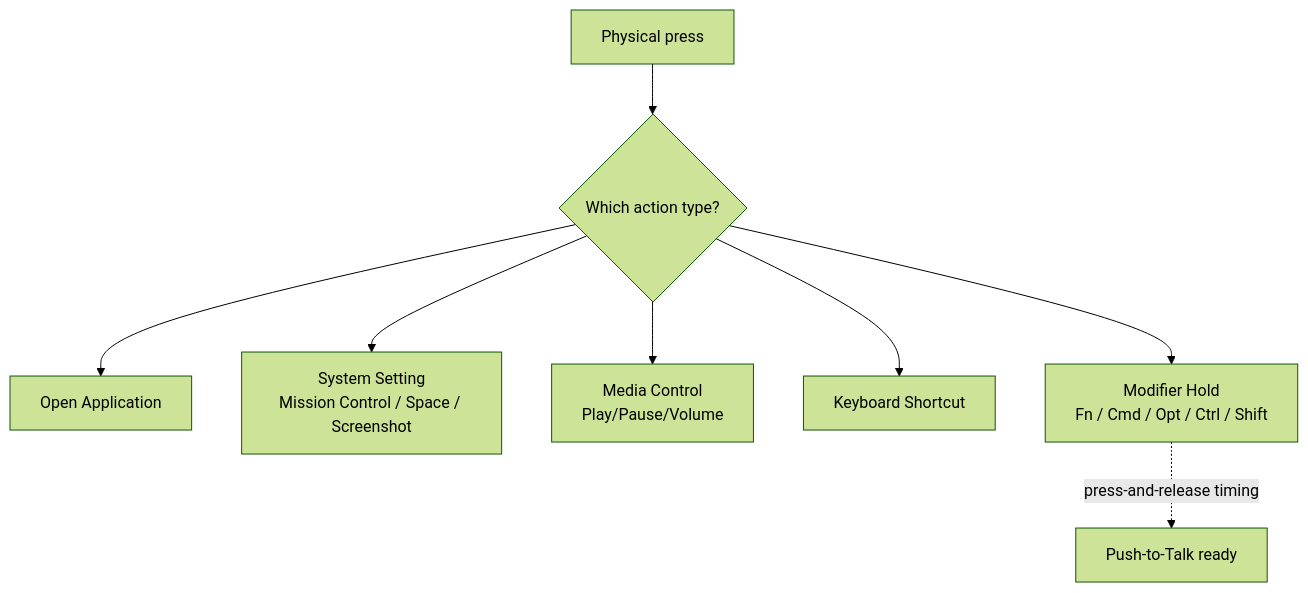
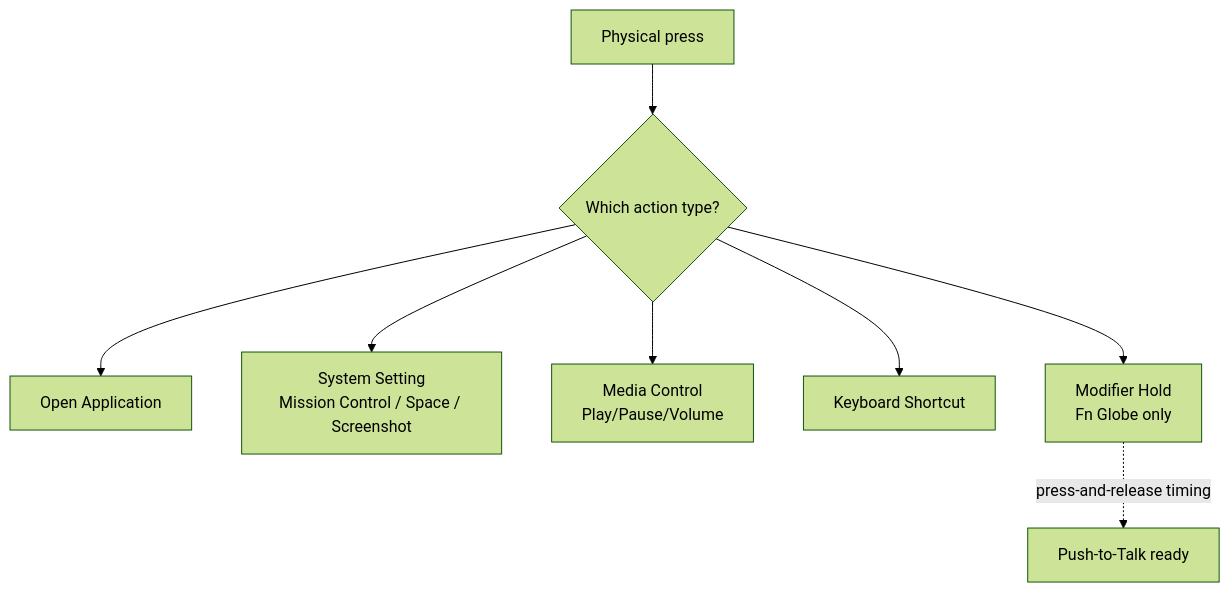
One commit to xiaopozhu/linguax-web changed the diagram in docs/mouse-plus/fundamentals/button-mapping.md. Above: the diagram before and after it, drawn with Mermaid (forest theme). The commit also changed other lines of this file and 110 other files, not shown here.

````diff
--- a/docs/mouse-plus/fundamentals/button-mapping.md
+++ b/docs/mouse-plus/fundamentals/button-mapping.md
@@ -41,10 +42,10 @@
 ```mermaid
 flowchart TD
     P[Physical press] --> D{Which action type?}
     D --> O[Open Application]
     D --> SS[System Setting<br/>Mission Control / Space / Screenshot]
     D --> M[Media Control<br/>Play/Pause/Volume]
     D --> KS[Keyboard Shortcut]
-    D --> MH[Modifier Hold<br/>Fn / Cmd / Opt / Ctrl / Shift]
+    D --> MH[Modifier Hold<br/>Fn Globe only]
     MH -.press-and-release timing.-> PTT[Push-to-Talk ready]
 ```
````
